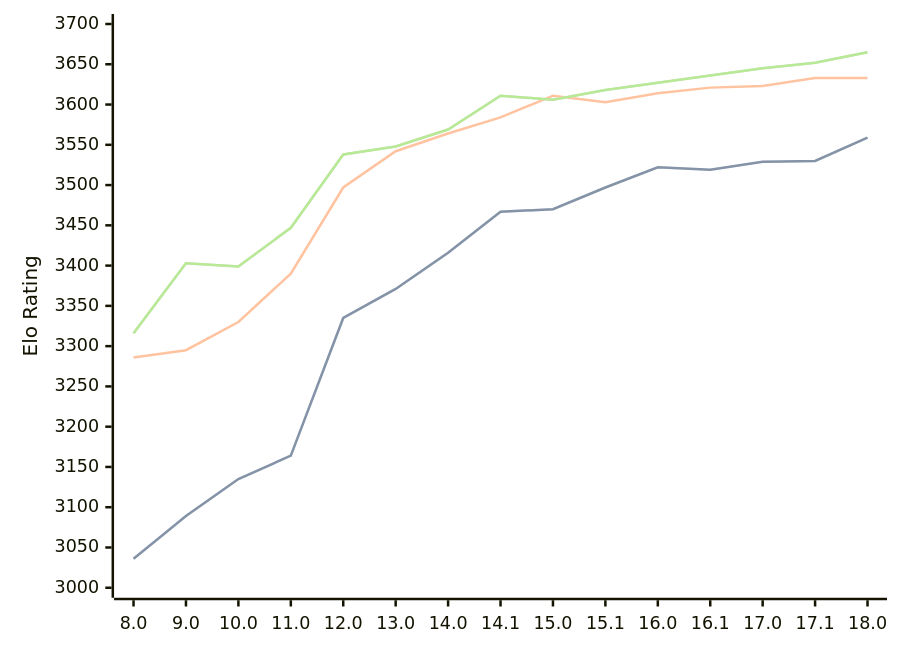
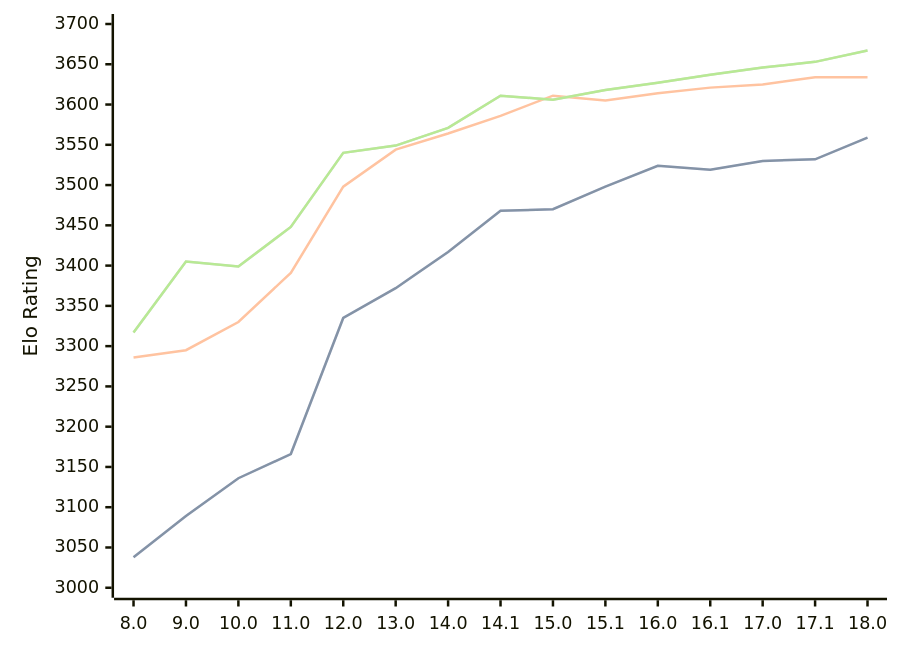
One commit to computer-chess-index/cci changed the diagram in engines/Stockfish.md. Above: the diagram before and after it, drawn with Mermaid. The commit also changed other lines of this file, not shown here.

Commit message:
Update CCI Ratings (ELO VLTC) - 2026-05-14

````diff
--- a/engines/Stockfish.md
+++ b/engines/Stockfish.md
@@ -46,11 +46,11 @@
 ```mermaid
 %%{init: {"theme":"base","themeVariables":{"seriesColors:['#a3a3a3','#222221','#faa371']}}}%%
 xychart-beta
   x-axis ["8.0", "9.0", "10.0", "11.0", "12.0", "13.0", "14.0", "14.1", "15.0", "15.1", "16.0", "16.1", "17.0", "17.1", "18.0"]
   y-axis "Elo Rating" 3000 --> 3700
-  line "STC (8.0+0.08s)" [3036, 3089, 3135, 3164, 3335, 3371, 3416, 3467, 3470, 3497, 3522, 3519, 3529, 3530, 3559]
-  line "STC (8.0+0.08s)" [3036, 3089, 3135, 3164, 3335, 3371, 3416, 3467, 3470, 3497, 3522, 3519, 3529, 3530, 3559]
-  line "LTC (60.0+0.60s)" [3286, 3295, 3330, 3390, 3497, 3542, 3564, 3584, 3611, 3603, 3614, 3621, 3623, 3633, 3633]
-  line "VLTC (2m24s+1.12s)" [3316, 3403, 3399, 3447, 3538, 3548, 3569, 3611, 3606, 3618, 3627, 3636, 3645, 3652, 3665]
-  line "VLTC (2m24s+1.12s)" [3316, 3403, 3399, 3447, 3538, 3548, 3569, 3611, 3606, 3618, 3627, 3636, 3645, 3652, 3665]
+  line "STC (8.0+0.08s)" [3038, 3089, 3136, 3166, 3335, 3372, 3417, 3468, 3470, 3498, 3524, 3519, 3530, 3532, 3559]
+  line "STC (8.0+0.08s)" [3038, 3089, 3136, 3166, 3335, 3372, 3417, 3468, 3470, 3498, 3524, 3519, 3530, 3532, 3559]
+  line "LTC (60.0+0.60s)" [3286, 3295, 3330, 3391, 3498, 3544, 3564, 3586, 3611, 3605, 3614, 3621, 3625, 3634, 3634]
+  line "VLTC (2m24s+1.12s)" [3317, 3405, 3399, 3448, 3540, 3549, 3571, 3611, 3606, 3618, 3627, 3637, 3646, 3653, 3667]
+  line "VLTC (2m24s+1.12s)" [3317, 3405, 3399, 3448, 3540, 3549, 3571, 3611, 3606, 3618, 3627, 3637, 3646, 3653, 3667]
 ```
````
